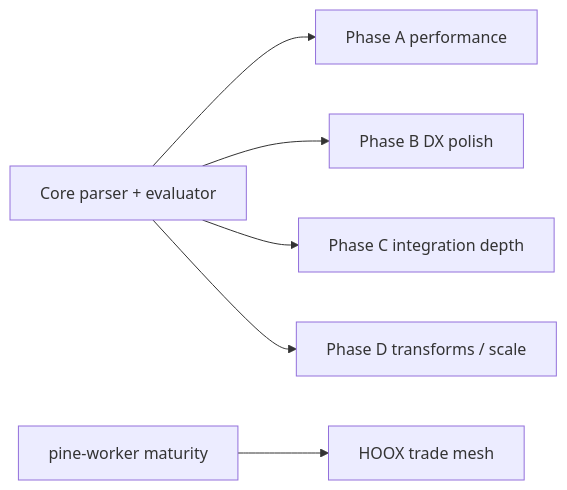
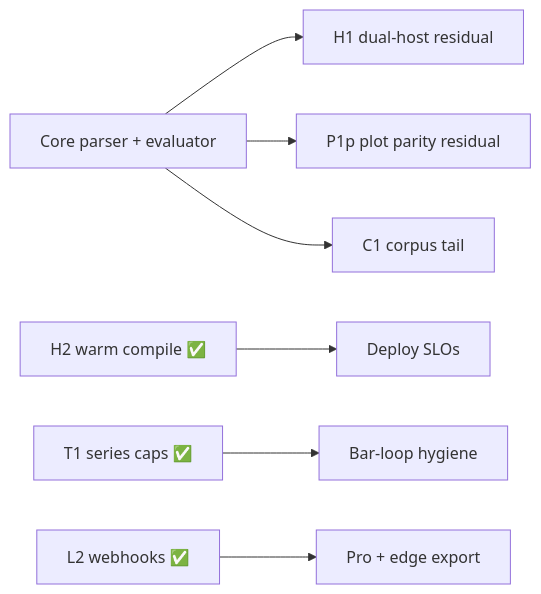
Before and after one commit to hoox-sh/pyne: the diagram in docs/pyne/reference/roadmap.mdx, drawn with Mermaid. The commit also changed other lines of this file and 33 other files, not shown here.

````diff
--- a/docs/pyne/reference/roadmap.mdx
+++ b/docs/pyne/reference/roadmap.mdx
@@ -33,8 +41,9 @@
 ```mermaid
 flowchart LR
-  DONE[Core parser + evaluator] --> A[Phase A performance]
-  DONE --> B[Phase B DX polish]
-  DONE --> C[Phase C integration depth]
-  DONE --> D[Phase D transforms / scale]
-  PW[pine-worker maturity] --> HOOX[HOOX trade mesh]
+  DONE[Core parser + evaluator] --> H1[H1 dual-host residual]
+  DONE --> P1p[P1p plot parity residual]
+  DONE --> C1[C1 corpus tail]
+  H2[H2 warm compile ✅] --> OPS[Deploy SLOs]
+  T1[T1 series caps ✅] --> PERF[Bar-loop hygiene]
+  L2[L2 webhooks ✅] --> HOST[Pro + edge export]
 ```
````
